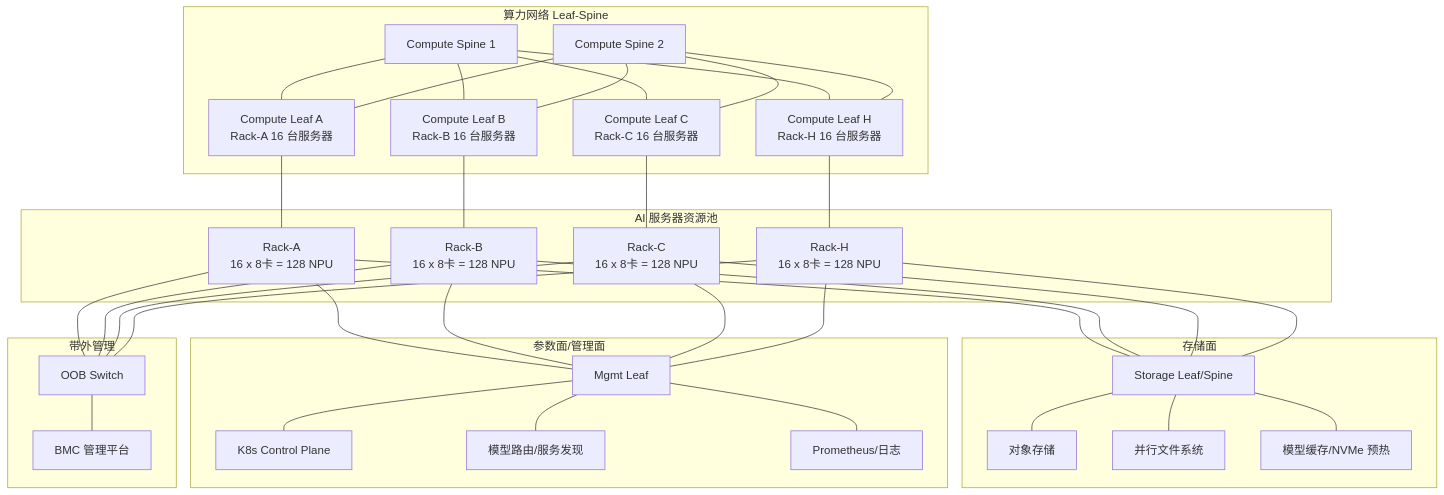
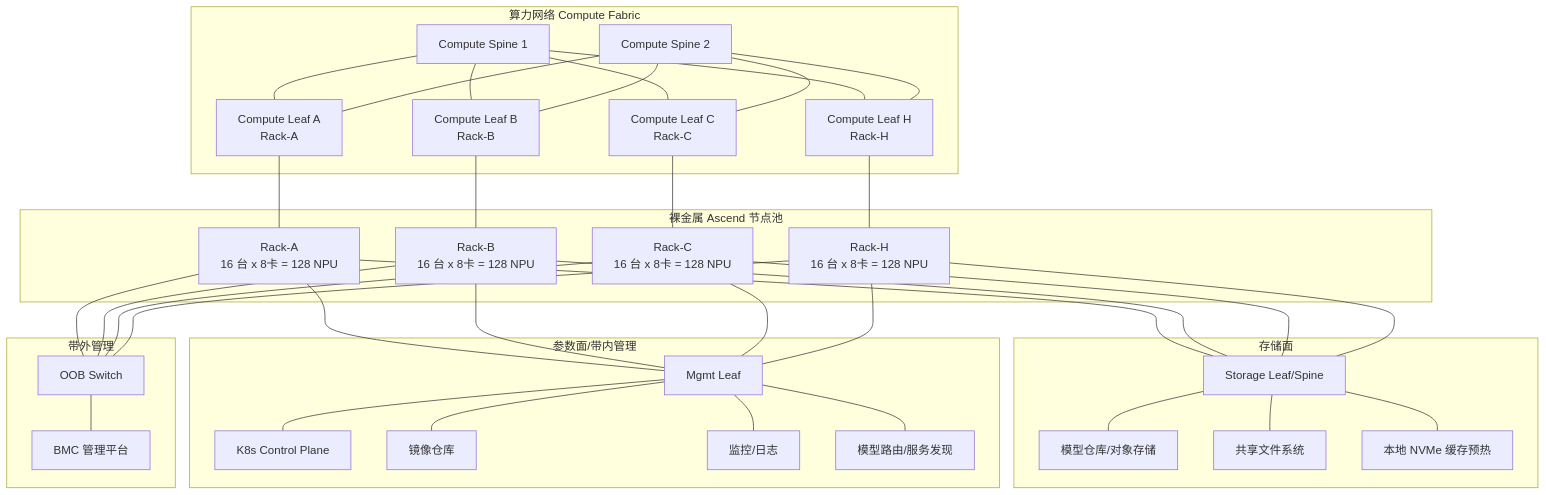
One commit to yimingren30/12306 changed the fourth of 7 diagrams in docs/ai-computing-center-network-fault-sharing.md. Above: the diagram before and after it, drawn with Mermaid. The commit also changed other lines of this file, not shown here.

Commit message:
Replace Ascend scenario with bare metal Kubernetes case

````diff
--- a/docs/ai-computing-center-network-fault-sharing.md
+++ b/docs/ai-computing-center-network-fault-sharing.md
@@ -2931,69 +2883,71 @@
 ```mermaid
 flowchart TB
-    subgraph Compute[算力网络 Leaf-Spine]
+    subgraph ComputeFabric[算力网络 Compute Fabric]
         CS1[Compute Spine 1]
         CS2[Compute Spine 2]
-        CL1[Compute Leaf A<br/>Rack-A 16 台服务器]
-        CL2[Compute Leaf B<br/>Rack-B 16 台服务器]
-        CL3[Compute Leaf C<br/>Rack-C 16 台服务器]
-        CL8[Compute Leaf H<br/>Rack-H 16 台服务器]
+        CL1[Compute Leaf A<br/>Rack-A]
+        CL2[Compute Leaf B<br/>Rack-B]
+        CL3[Compute Leaf C<br/>Rack-C]
+        CL8[Compute Leaf H<br/>Rack-H]
         CS1 --- CL1
         CS1 --- CL2
         CS1 --- CL3
         CS1 --- CL8
         CS2 --- CL1
         CS2 --- CL2
         CS2 --- CL3
         CS2 --- CL8
     end
 
-    subgraph Servers[AI 服务器资源池]
-        R1[Rack-A<br/>16 x 8卡 = 128 NPU]
-        R2[Rack-B<br/>16 x 8卡 = 128 NPU]
-        R3[Rack-C<br/>16 x 8卡 = 128 NPU]
-        R8[Rack-H<br/>16 x 8卡 = 128 NPU]
+    subgraph Nodes[裸金属 Ascend 节点池]
+        R1[Rack-A<br/>16 台 x 8卡 = 128 NPU]
+        R2[Rack-B<br/>16 台 x 8卡 = 128 NPU]
+        R3[Rack-C<br/>16 台 x 8卡 = 128 NPU]
+        R8[Rack-H<br/>16 台 x 8卡 = 128 NPU]
     end
 
-    subgraph StoragePlane[存储面]
+    subgraph StorageFabric[存储面]
         SL[Storage Leaf/Spine]
-        OBJ[对象存储]
-        FS[并行文件系统]
-        Cache[模型缓存/NVMe 预热]
+        ModelRepo[模型仓库/对象存储]
+        SharedFS[共享文件系统]
+        Cache[本地 NVMe 缓存预热]
     end
 
-    subgraph ControlPlane[参数面/管理面]
+    subgraph MgmtFabric[参数面/带内管理]
         ML[Mgmt Leaf]
         K8S[K8s Control Plane]
+        Registry[镜像仓库]
+        Monitor[监控/日志]
         Router[模型路由/服务发现]
-        Mon[Prometheus/日志]
     end
 
-    subgraph OOB[带外管理]
-        OOBSW[OOB Switch]
+    subgraph OOBFabric[带外管理]
+        OOB[OOB Switch]
         BMC[BMC 管理平台]
     end
 
     CL1 --- R1
     CL2 --- R2
     CL3 --- R3
     CL8 --- R8
     R1 --- SL
     R2 --- SL
     R3 --- SL
     R8 --- SL
-    SL --- OBJ
-    SL --- FS
+    SL --- ModelRepo
+    SL --- SharedFS
     SL --- Cache
     R1 --- ML
     R2 --- ML
     R3 --- ML
     R8 --- ML
     ML --- K8S
+    ML --- Registry
+    ML --- Monitor
     ML --- Router
-    ML --- Mon
-    R1 --- OOBSW
-    R2 --- OOBSW
-    R3 --- OOBSW
-    R8 --- OOBSW
-    OOBSW --- BMC
+    R1 --- OOB
+    R2 --- OOB
+    R3 --- OOB
+    R8 --- OOB
+    OOB --- BMC
 ```
````
